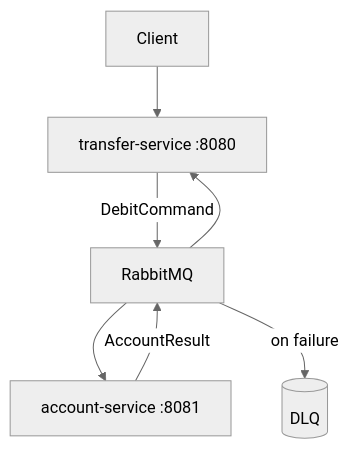
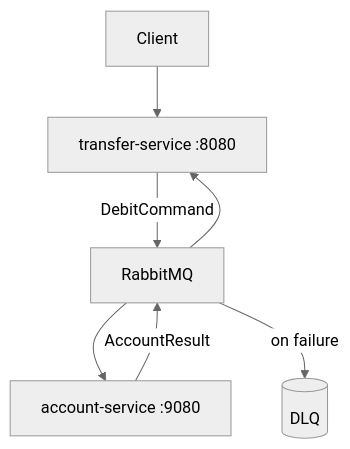
One commit to alexandreroman/durable-money changed the third of 4 diagrams in README.md. Above: the diagram before and after it, drawn with Mermaid (neutral theme). The commit also changed other lines of this file and 3 other files, not shown here.

First line of the commit message:
Align account-service on port 9080 across modules 2/3/4

````diff
--- a/README.md
+++ b/README.md
@@ -143,9 +143,9 @@
 ```mermaid
 graph TD
     Client --> Transfer[transfer-service :8080]
     Transfer -->|DebitCommand| MQ[RabbitMQ]
-    MQ --> Account[account-service :8081]
+    MQ --> Account[account-service :9080]
     Account -->|AccountResult| MQ
     MQ --> Transfer
     MQ -->|on failure| DLQ[(DLQ)]
 ```
````
